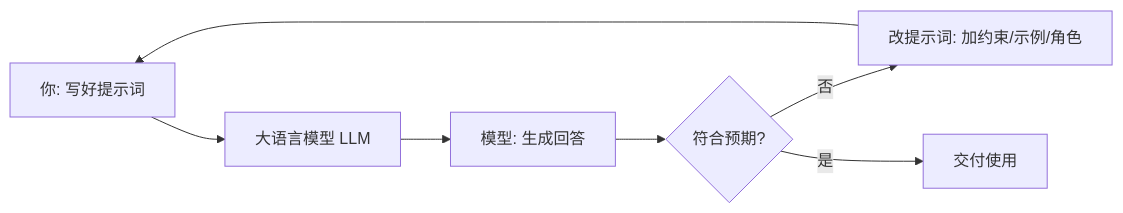
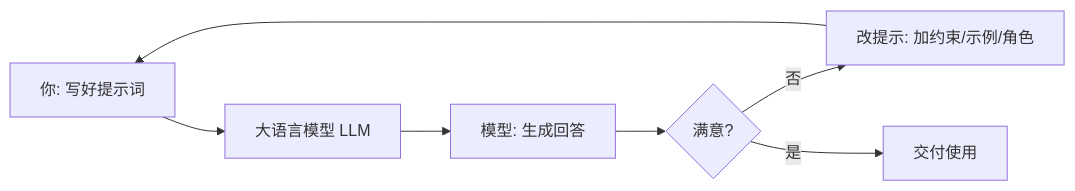
One commit to TessHardy/peg-vitepress changed the diagram in docs/introduction/what-is.md. Above: the diagram before and after it, drawn with Mermaid. The commit also changed other lines of this file and 2 other files, not shown here.

````diff
--- a/docs/introduction/what-is.md
+++ b/docs/introduction/what-is.md
@@ -29,9 +29,9 @@
 ```mermaid
 flowchart LR
     A[你: 写好提示词] --> B[大语言模型 LLM]
     B --> C[模型: 生成回答]
-    C --> D{符合预期?}
-    D -- 否 --> E[改提示词: 加约束/示例/角色]
+    C --> D{满意?}
+    D -- 否 --> E[改提示: 加约束/示例/角色]
     E --> A
     D -- 是 --> F[交付使用]
 ```
````
